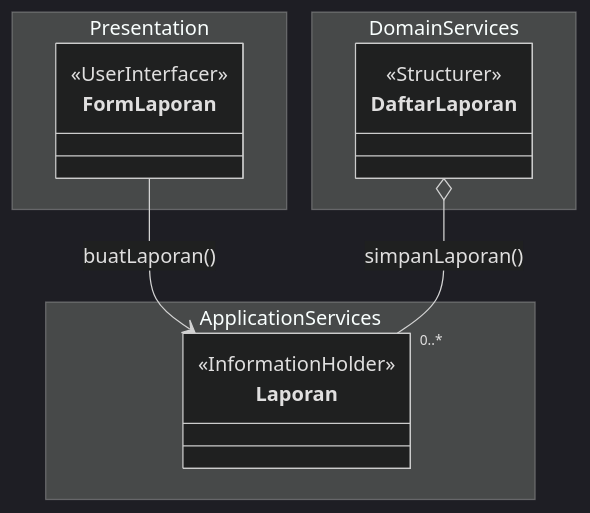
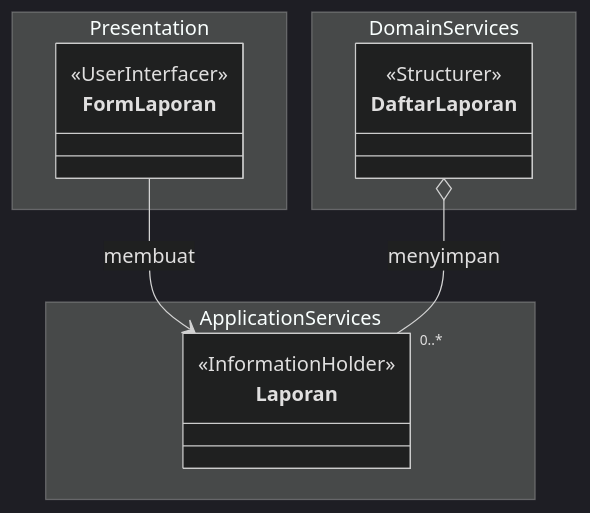
One commit to star-scripter/IF2150-RPL-K03-G02 changed the fifth of 9 diagrams in docs/M4/K03_G02_CD.md. Above: the diagram before and after it, drawn with Mermaid (dark theme). The commit also changed other lines of this file, not shown here.

````diff
--- a/docs/M4/K03_G02_CD.md
+++ b/docs/M4/K03_G02_CD.md
@@ -522,21 +522,21 @@
 ```mermaid
 classDiagram
     direction TB
 
     namespace Presentation {
         class FormLaporan
     }
     namespace ApplicationServices {
         class Laporan
     }
     namespace DomainServices {
         class DaftarLaporan
     }
 
     <<UserInterfacer>> FormLaporan
     <<Structurer>> DaftarLaporan 
     <<InformationHolder>> Laporan
 
-    FormLaporan --> Laporan : buatLaporan()
-    DaftarLaporan o-- "0..*" Laporan : simpanLaporan()
+    FormLaporan --> Laporan : membuat
+    DaftarLaporan o-- "0..*" Laporan : menyimpan
 ```
````
